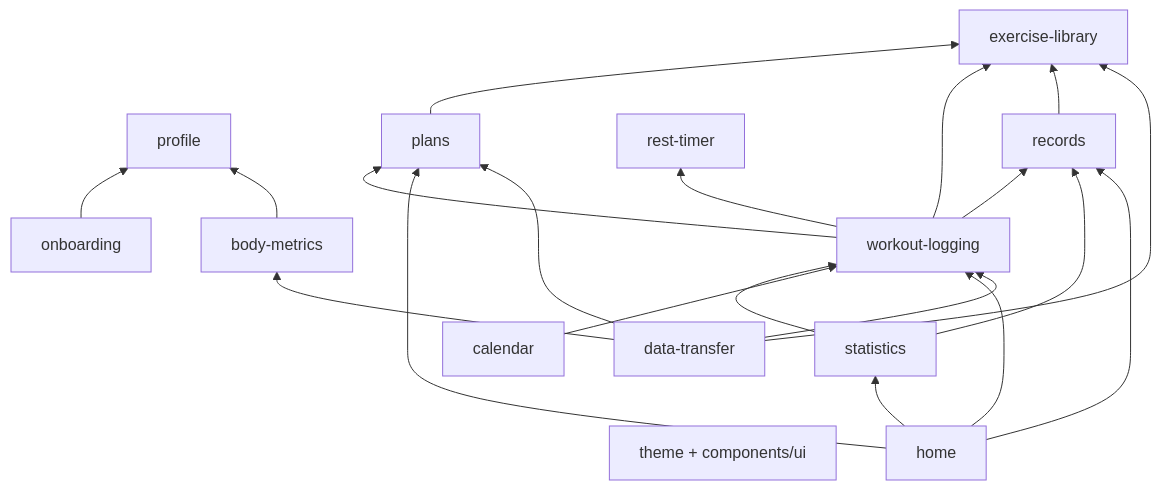
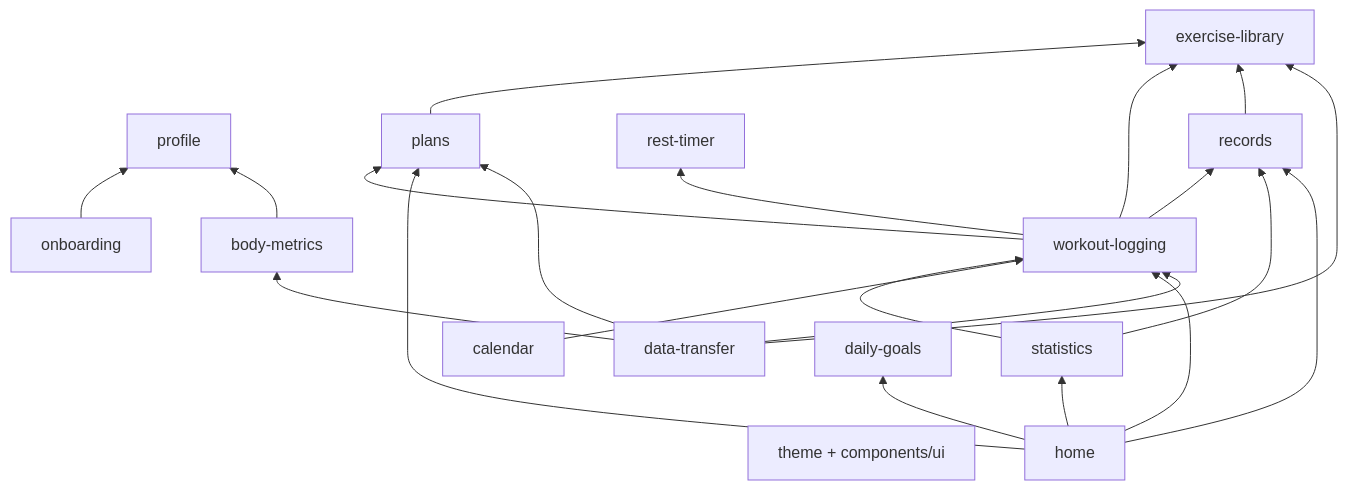
One commit to konradxmalinowski/gymtracker changed the sixth of 7 diagrams in docs/ARCHITECTURE.md. Above: the diagram before and after it, drawn with Mermaid. The commit also changed other lines of this file and 4 other files, not shown here.

First line of the commit message:
docs: add P17 daily goals and reminders architecture plan

````diff
--- a/docs/ARCHITECTURE.md
+++ b/docs/ARCHITECTURE.md
@@ -1255,36 +1377,38 @@
 ```mermaid
 graph BT
     THEME[theme + components/ui]
     ONB[onboarding]
     PROF[profile]
     EXL[exercise-library]
     PLAN[plans]
     WL[workout-logging]
     RT[rest-timer]
     REC[records]
     STAT[statistics]
     BM[body-metrics]
     CAL[calendar]
     DT[data-transfer]
+    DG[daily-goals]
     HOME[home]
 
     ONB --> PROF
     PLAN --> EXL
     WL --> EXL
     WL --> PLAN
     WL --> RT
     WL --> REC
     REC --> EXL
     STAT --> REC
     STAT --> WL
     CAL --> WL
     HOME --> WL
     HOME --> PLAN
     HOME --> REC
     HOME --> STAT
+    HOME --> DG
     BM --> PROF
     DT --> WL
     DT --> PLAN
     DT --> EXL
     DT --> BM
 ```
````
